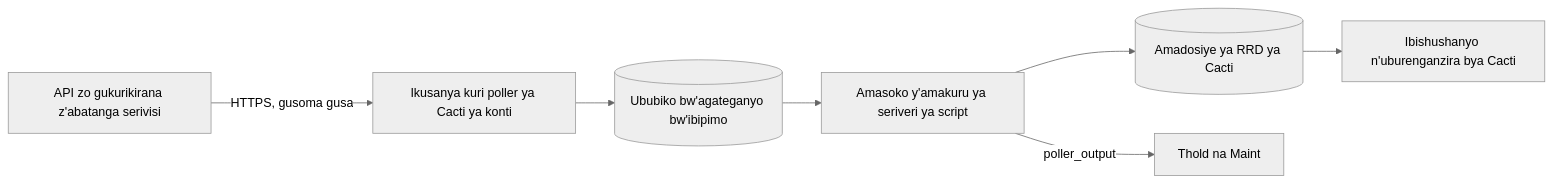
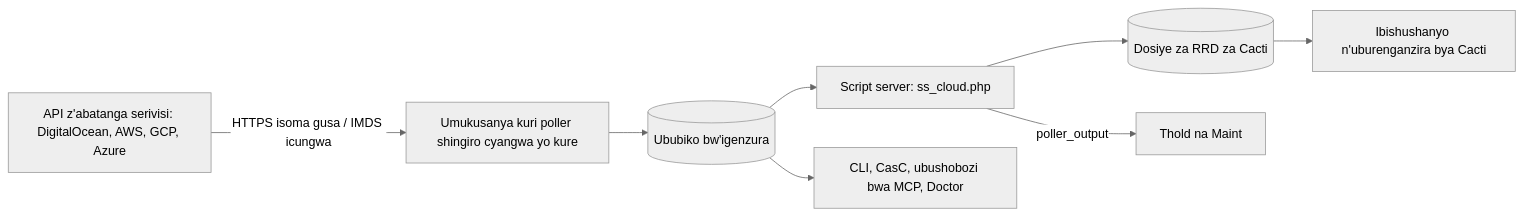
The diagram in docs/i18n/rw-RW/README.md (somethingwithproof/plugin_cloud), drawn with Mermaid (neutral theme) before and after one commit. The commit also changed other lines of this file and 48 other files, not shown here.

First line of the commit message:
docs(readme): document AWS, GCP, Azure drivers, remote collectors, and ecosystem hooks

````diff
--- a/docs/i18n/rw-RW/README.md
+++ b/docs/i18n/rw-RW/README.md
@@ -100,9 +148,10 @@
 ```mermaid
 flowchart LR
-    API[API zo gukurikirana z'abatanga serivisi] -->|HTTPS, gusoma gusa| C[Ikusanya kuri poller ya Cacti ya konti]
-    C --> O[(Ububiko bw'agateganyo bw'ibipimo)]
-    O --> SS[Amasoko y'amakuru ya seriveri ya script]
-    SS --> RRD[(Amadosiye ya RRD ya Cacti)]
+    API[API z'abatanga serivisi: DigitalOcean, AWS, GCP, Azure] -->|HTTPS isoma gusa / IMDS icungwa| C[Umukusanya kuri poller shingiro cyangwa yo kure]
+    C --> O[(Ububiko bw'igenzura)]
+    O --> SS[Script server: ss_cloud.php]
+    SS --> RRD[(Dosiye za RRD za Cacti)]
     SS -->|poller_output| T[Thold na Maint]
     RRD --> G[Ibishushanyo n'uburenganzira bya Cacti]
+    O --> ECO[CLI, CasC, ubushobozi bwa MCP, Doctor]
 ```
````
